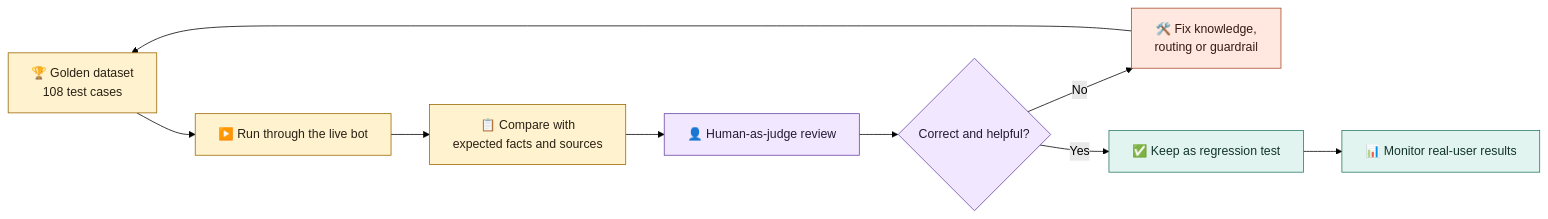
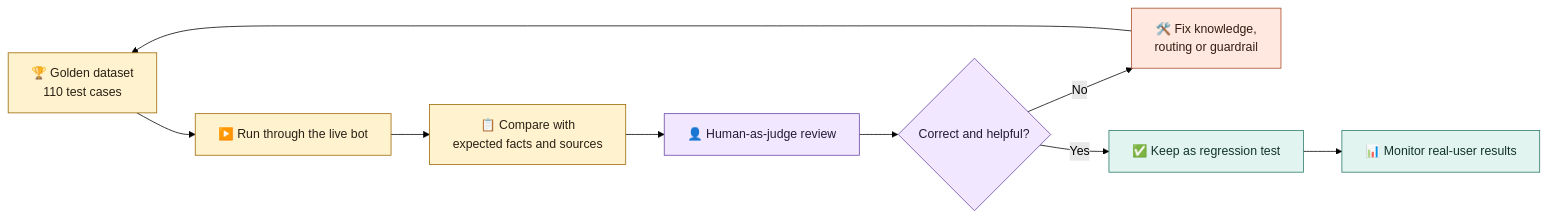
One commit to robona-pk/portfolio changed the second of 2 diagrams in README.md. Above: the diagram before and after it, drawn with Mermaid (forest theme). The commit also changed other lines of this file and 3 other files, not shown here.

````diff
--- a/README.md
+++ b/README.md
@@ -166,21 +166,21 @@
 ```mermaid
 flowchart LR
-    A["🏆 Golden dataset<br/>108 test cases"] --> B["▶️ Run through the live bot"]
+    A["🏆 Golden dataset<br/>110 test cases"] --> B["▶️ Run through the live bot"]
     B --> C["📋 Compare with<br/>expected facts and sources"]
     C --> D["👤 Human-as-judge review"]
     D --> E{"Correct and helpful?"}
     E -- "No" --> F["🛠️ Fix knowledge,<br/>routing or guardrail"]
     F --> A
     E -- "Yes" --> G["✅ Keep as regression test"]
     G --> H["📊 Monitor real-user results"]
 
     classDef test fill:#fff3cf,stroke:#9a6500,color:#2a2115;
     classDef review fill:#f1e8ff,stroke:#6941a5,color:#251b35;
     classDef improve fill:#ffe8df,stroke:#a84a28,color:#351b13;
     classDef pass fill:#e2f4ef,stroke:#277766,color:#12342d;
 
     class A,B,C test;
     class D,E review;
     class F improve;
     class G,H pass;
 ```
````
